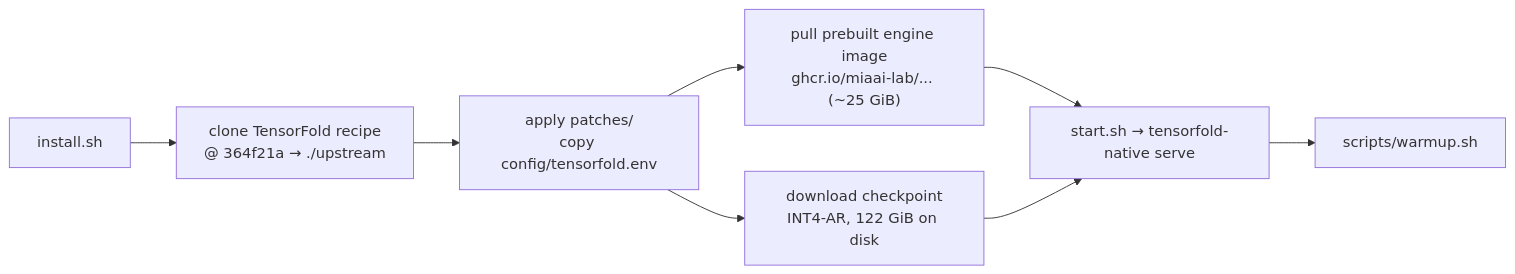
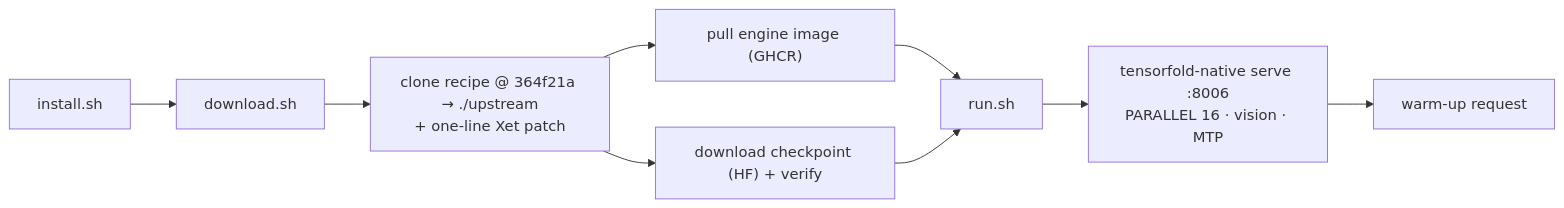
The second of 3 diagrams in README.md (Hitheshkaranth/Qwen-3_8_Flash_Next_TensorFold_Model_DGX_Spark_Setup), drawn with Mermaid before and after one commit. The commit also changed other lines of this file and 17 other files, not shown here.

````diff
--- a/README.md
+++ b/README.md
@@ -49,10 +112,11 @@
 ```mermaid
 flowchart LR
-    I["install.sh"] --> U["clone TensorFold recipe<br/>@ 364f21a → ./upstream"]
-    U --> P["apply patches/<br/>copy config/tensorfold.env"]
-    P --> IMG["pull prebuilt engine image<br/>ghcr.io/miaai-lab/... (~25 GiB)"]
-    P --> CK["download checkpoint<br/>INT4-AR, 122 GiB on disk"]
-    IMG --> S["start.sh → tensorfold-native serve"]
-    CK --> S
-    S --> W["scripts/warmup.sh"]
+    I["install.sh"] --> DL["download.sh"]
+    DL --> R["clone recipe @ 364f21a → ./upstream<br/>+ one-line Xet patch"]
+    R --> IMG["pull engine image (GHCR)"]
+    R --> CK["download checkpoint (HF) + verify"]
+    IMG --> RUN["run.sh"]
+    CK --> RUN
+    RUN --> S["tensorfold-native serve :8006<br/>PARALLEL 16 · vision · MTP"]
+    S --> W["warm-up request"]
 ```
````
